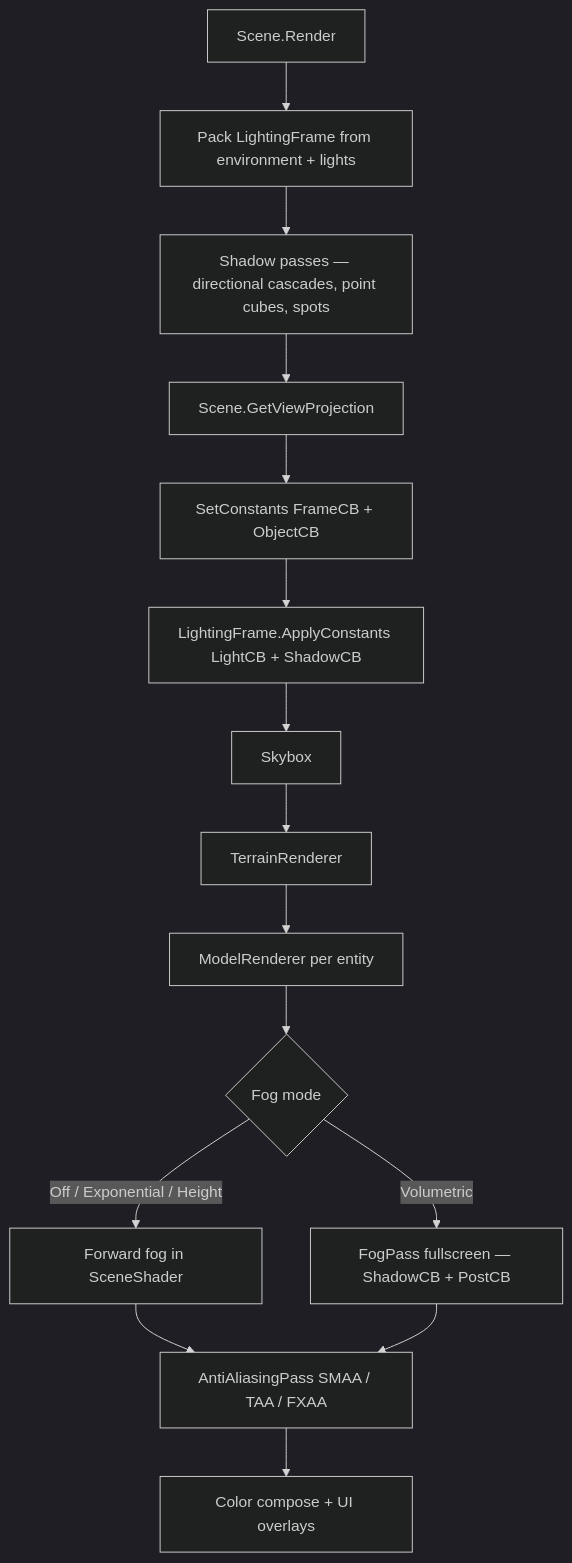
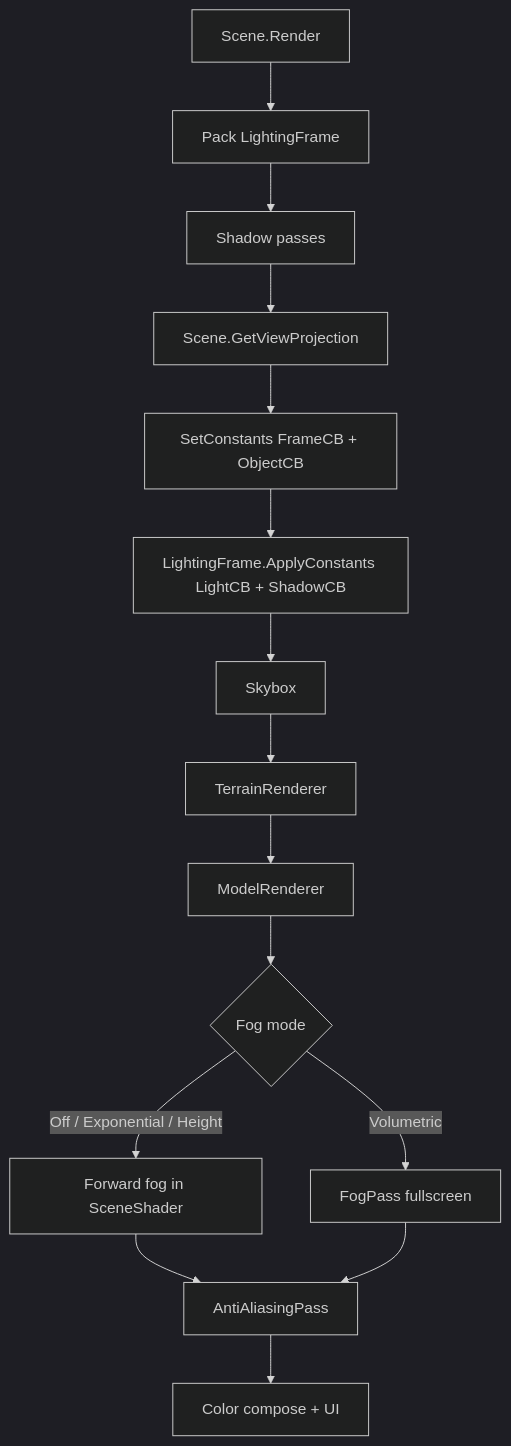
The third of 4 diagrams in docs/RENDERING.md (ireakhavok/Castle), drawn with Mermaid before and after one commit. The commit also changed other lines of this file and 6 other files, not shown here.

````diff
--- a/docs/RENDERING.md
+++ b/docs/RENDERING.md
@@ -90,18 +86,18 @@
 ```mermaid
 %%{init: {'theme':'dark'}}%%
 flowchart TD
-  A[Scene.Render] --> B[Pack LightingFrame from environment + lights]
-  B --> C[Shadow passes — directional cascades, point cubes, spots]
+  A[Scene.Render] --> B[Pack LightingFrame]
+  B --> C[Shadow passes]
   C --> D[Scene.GetViewProjection]
   D --> E[SetConstants FrameCB + ObjectCB]
   E --> F[LightingFrame.ApplyConstants LightCB + ShadowCB]
   F --> G[Skybox]
   G --> H[TerrainRenderer]
-  H --> I[ModelRenderer per entity]
+  H --> I[ModelRenderer]
   I --> J{Fog mode}
   J -->|Off / Exponential / Height| K[Forward fog in SceneShader]
-  J -->|Volumetric| L[FogPass fullscreen — ShadowCB + PostCB]
-  K --> M[AntiAliasingPass SMAA / TAA / FXAA]
+  J -->|Volumetric| L[FogPass fullscreen]
+  K --> M[AntiAliasingPass]
   L --> M
-  M --> N[Color compose + UI overlays]
+  M --> N[Color compose + UI]
 ```
````
